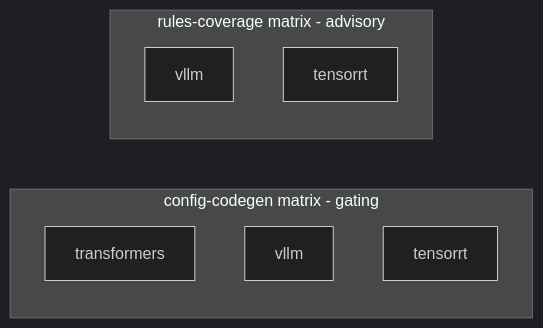
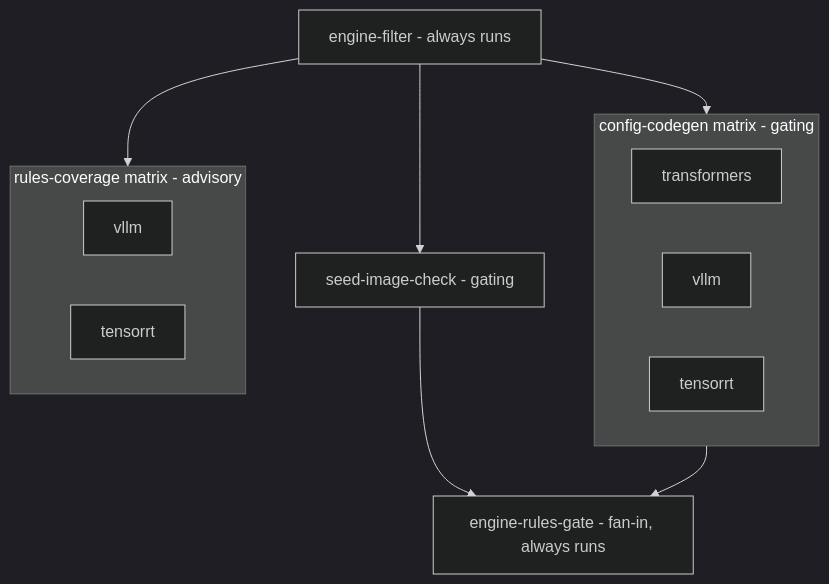
The diagram in docs/explanation/architecture/ci-architecture.md (henrycgbaker/LLenergyMeasure), drawn with Mermaid (dark theme) before and after one commit. The commit also changed other lines of this file and 7 other files, not shown here.

````diff
--- a/docs/explanation/architecture/ci-architecture.md
+++ b/docs/explanation/architecture/ci-architecture.md
@@ -38,12 +39,21 @@
 ```mermaid
-flowchart LR
+flowchart TB
+    ef[engine-filter - always runs]
     subgraph config-codegen [config-codegen matrix - gating]
         cc_tf[transformers]
         cc_vllm[vllm]
         cc_trt[tensorrt]
     end
     subgraph rules-coverage [rules-coverage matrix - advisory]
         rc_vllm[vllm]
         rc_trt[tensorrt]
     end
+    sic[seed-image-check - gating]
+    gate[engine-rules-gate - fan-in, always runs]
+
+    ef --> config-codegen
+    ef --> rules-coverage
+    ef --> sic
+    config-codegen --> gate
+    sic --> gate
 ```
````
